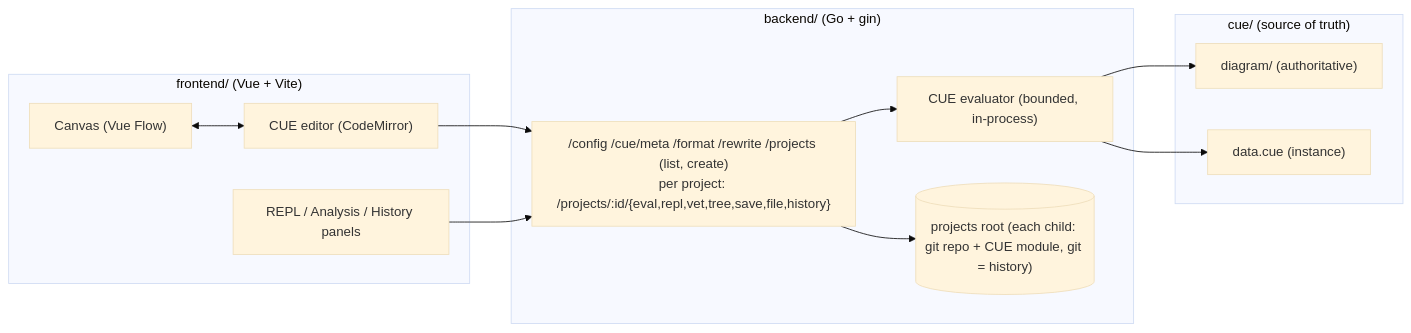
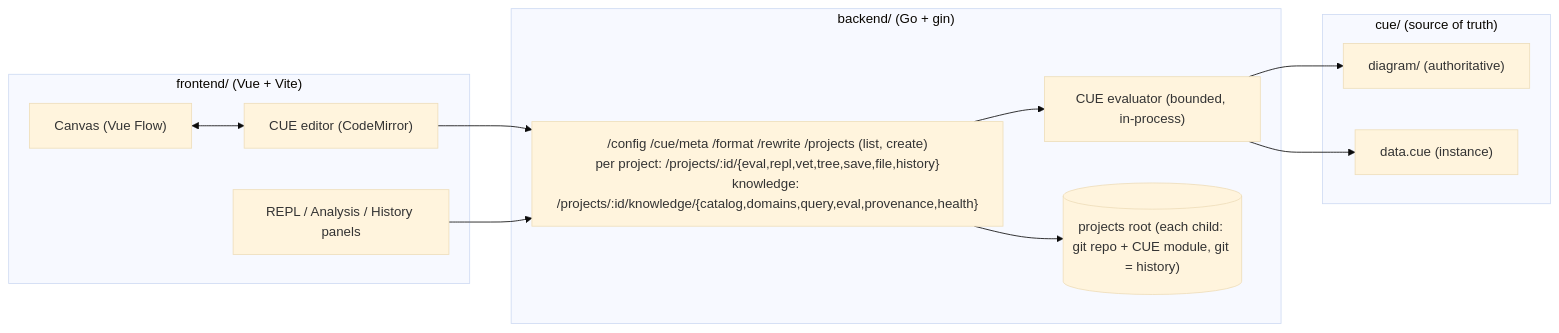
Before and after one commit to stratorys/cueto: the diagram in README.md, drawn with Mermaid (base theme). The commit also changed other lines of this file and 13 other files, not shown here.

Commit message:
feat(knowledge): expose catalog/domains/query/eval runtime over HTTP and CLI

````diff
--- a/README.md
+++ b/README.md
@@ -136,27 +175,27 @@
 ```mermaid
 flowchart LR
   subgraph fe["frontend/ (Vue + Vite)"]
     canvas["Canvas (Vue Flow)"]
     editor["CUE editor (CodeMirror)"]
     repl["REPL / Analysis / History panels"]
   end
 
   subgraph be["backend/ (Go + gin)"]
-    api["/config /cue/meta /format /rewrite /projects (list, create)\nper project: /projects/:id/{eval,repl,vet,tree,save,file,history}"]
+    api["/config /cue/meta /format /rewrite /projects (list, create)\nper project: /projects/:id/{eval,repl,vet,tree,save,file,history}\nknowledge: /projects/:id/knowledge/{catalog,domains,query,eval,provenance,health}"]
     eval["CUE evaluator (bounded, in-process)"]
     projectsdir[("projects root (each child: git repo + CUE module, git = history)")]
   end
 
   subgraph cue["cue/ (source of truth)"]
     schema["diagram/ (authoritative)"]
     data["data.cue (instance)"]
   end
 
   canvas <--> editor
   editor --> api
   repl --> api
   api --> eval
   eval --> schema
   eval --> data
   api --> projectsdir
 ```
````
